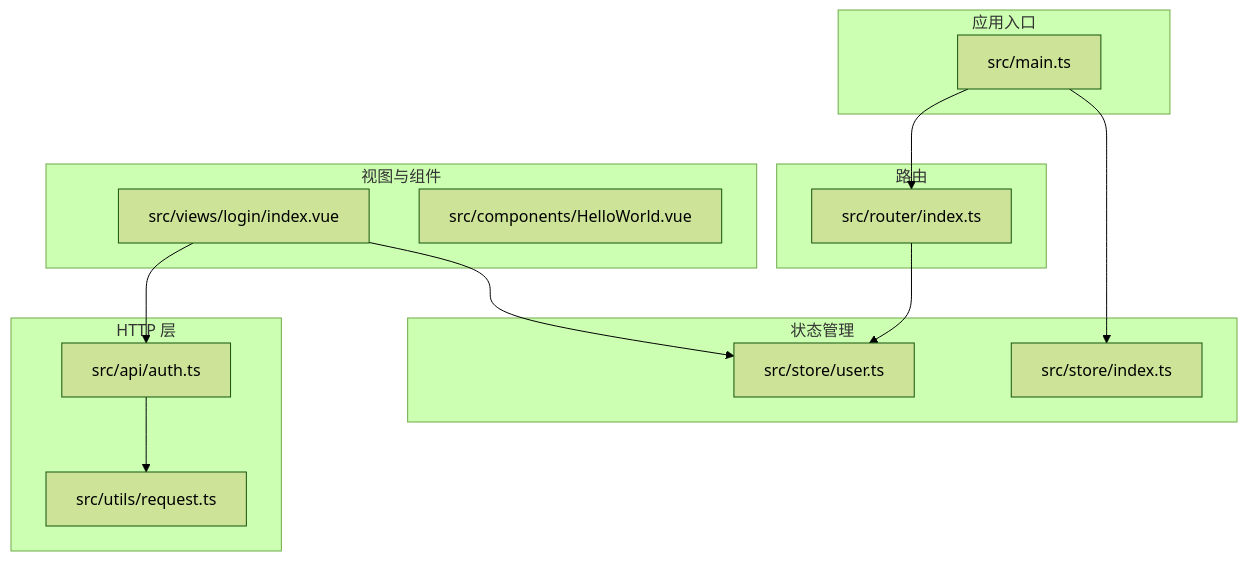
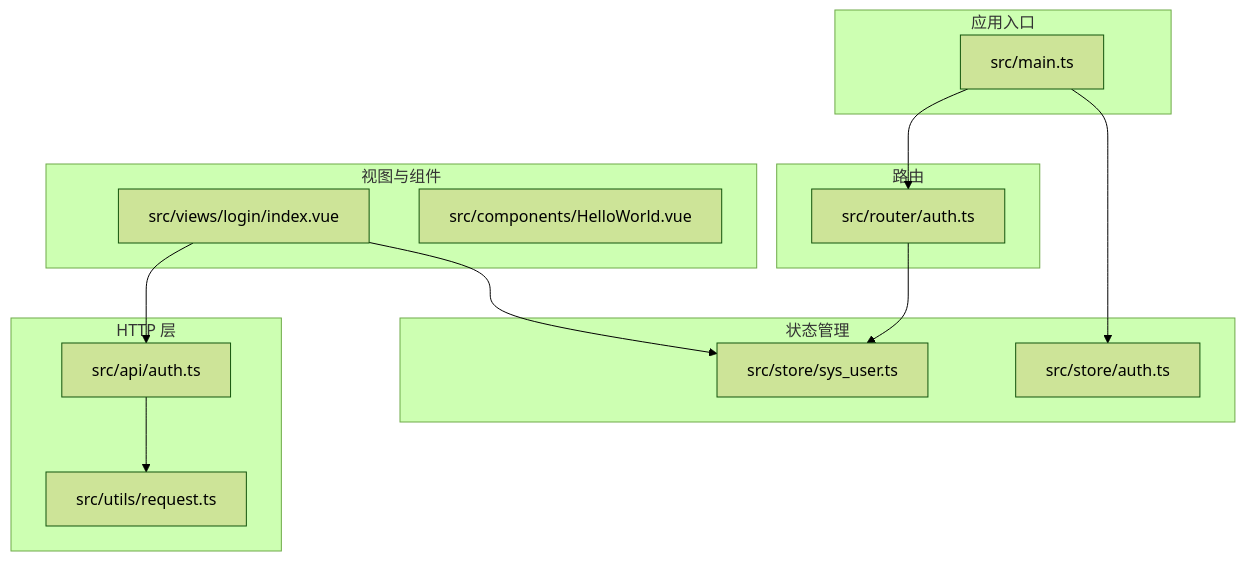
One commit to qiseyun/vue-ts-admin changed the first of 7 diagrams in .qoder/repowiki/zh/content/开发指南/测试指南.md. Above: the diagram before and after it, drawn with Mermaid (forest theme). The commit also changed other lines of this file and 42 other files, not shown here.

````diff
--- a/.qoder/repowiki/zh/content/开发指南/测试指南.md
+++ b/.qoder/repowiki/zh/content/开发指南/测试指南.md
@@ -51,27 +51,27 @@
 ```mermaid
 graph TB
 subgraph "应用入口"
 MAIN["src/main.ts"]
 end
 subgraph "状态管理"
-PINIA["src/store/index.ts"]
-USERSTORE["src/store/user.ts"]
+PINIA["src/store/auth.ts"]
+USERSTORE["src/store/sys_user.ts"]
 end
 subgraph "路由"
-ROUTER["src/router/index.ts"]
+ROUTER["src/router/auth.ts"]
 end
 subgraph "HTTP 层"
 REQUEST["src/utils/request.ts"]
 AUTHAPI["src/api/auth.ts"]
 end
 subgraph "视图与组件"
 LOGIN["src/views/login/index.vue"]
 HELLO["src/components/HelloWorld.vue"]
 end
 MAIN --> PINIA
 MAIN --> ROUTER
 LOGIN --> USERSTORE
 LOGIN --> AUTHAPI
 AUTHAPI --> REQUEST
 ROUTER --> USERSTORE
 ```
````
